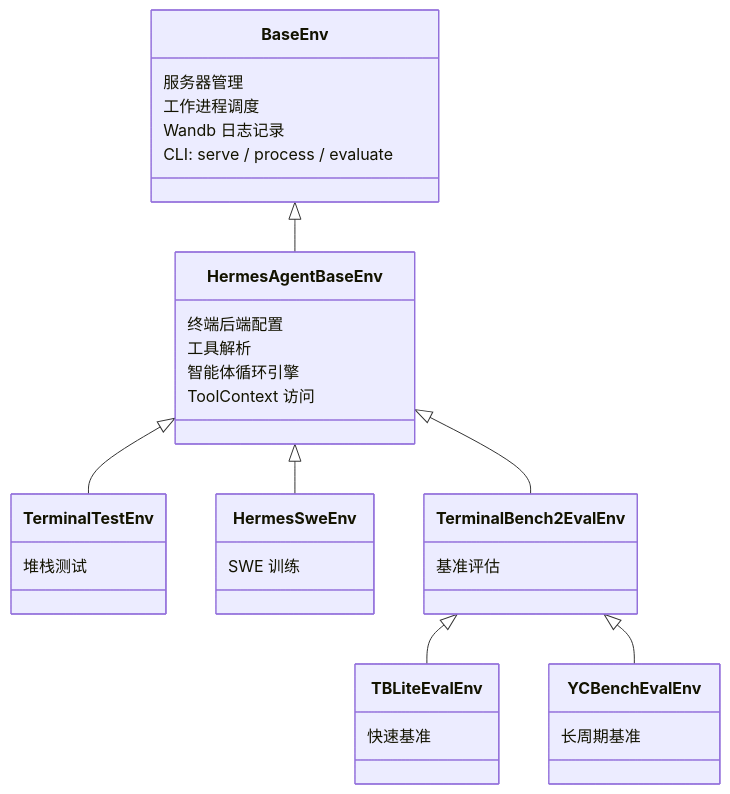
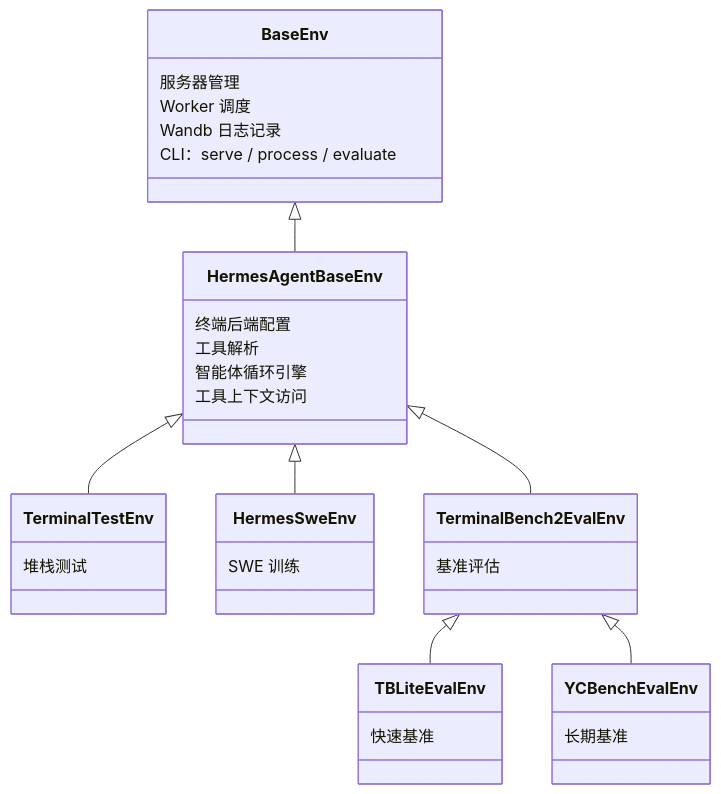
The diagram in i18n/zh-CN/docusaurus-plugin-content-docs/current/developer-guide/environments.md (renxia/hermes-agent-docs), drawn with Mermaid before and after one commit. The commit also changed other lines of this file and 439 other files, not shown here.

````diff
--- a/i18n/zh-CN/docusaurus-plugin-content-docs/current/developer-guide/environments.md
+++ b/i18n/zh-CN/docusaurus-plugin-content-docs/current/developer-guide/environments.md
@@ -31,43 +31,43 @@
 ```mermaid
 classDiagram
     class BaseEnv {
       服务器管理
-      工作进程调度
+      Worker 调度
       Wandb 日志记录
-      CLI: serve / process / evaluate
+      CLI：serve / process / evaluate
     }
 
     class HermesAgentBaseEnv {
       终端后端配置
       工具解析
       智能体循环引擎
-      ToolContext 访问
+      工具上下文访问
     }
 
     class TerminalTestEnv {
       堆栈测试
     }
 
     class HermesSweEnv {
       SWE 训练
     }
 
     class TerminalBench2EvalEnv {
       基准评估
     }
 
     class TBLiteEvalEnv {
       快速基准
     }
 
     class YCBenchEvalEnv {
-      长周期基准
+      长期基准
     }
 
     BaseEnv <|-- HermesAgentBaseEnv
     HermesAgentBaseEnv <|-- TerminalTestEnv
     HermesAgentBaseEnv <|-- HermesSweEnv
     HermesAgentBaseEnv <|-- TerminalBench2EvalEnv
     TerminalBench2EvalEnv <|-- TBLiteEvalEnv
     TerminalBench2EvalEnv <|-- YCBenchEvalEnv
 ```
````
